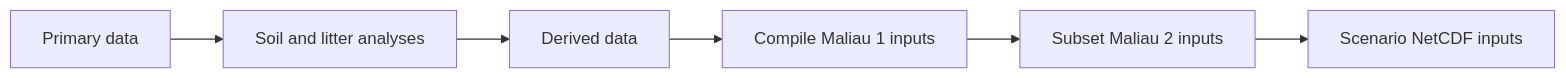
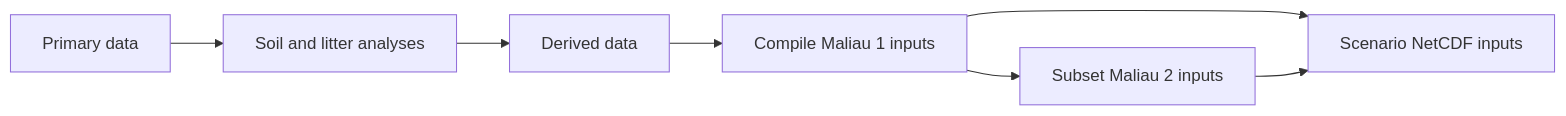
Before and after one commit to ImperialCollegeLondon/ve_data_science: the diagram in docs/modules/soil/index.md, drawn with Mermaid. The commit also changed other lines of this file, not shown here.

````diff
--- a/docs/modules/soil/index.md
+++ b/docs/modules/soil/index.md
@@ -27,8 +27,9 @@
 ```mermaid
 flowchart LR
   A["Primary data"] --> B["Soil and litter analyses"]
   B --> C["Derived data"]
   C --> D["Compile Maliau 1 inputs"]
   D --> E["Subset Maliau 2 inputs"]
+  D --> F["Scenario NetCDF inputs"]
   E --> F["Scenario NetCDF inputs"]
 ```
````
